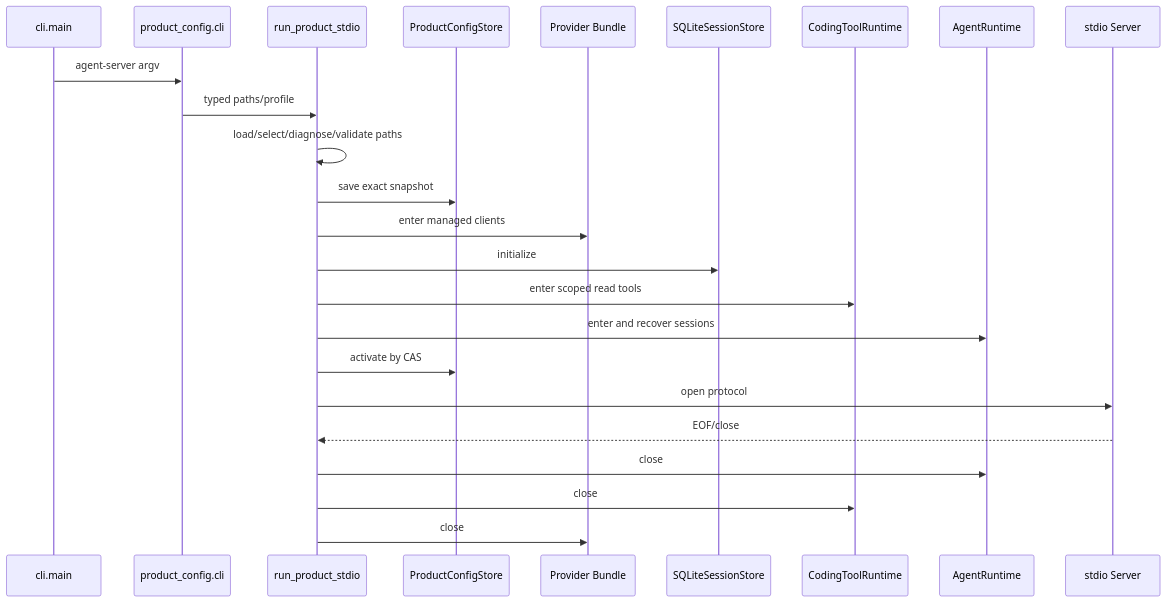
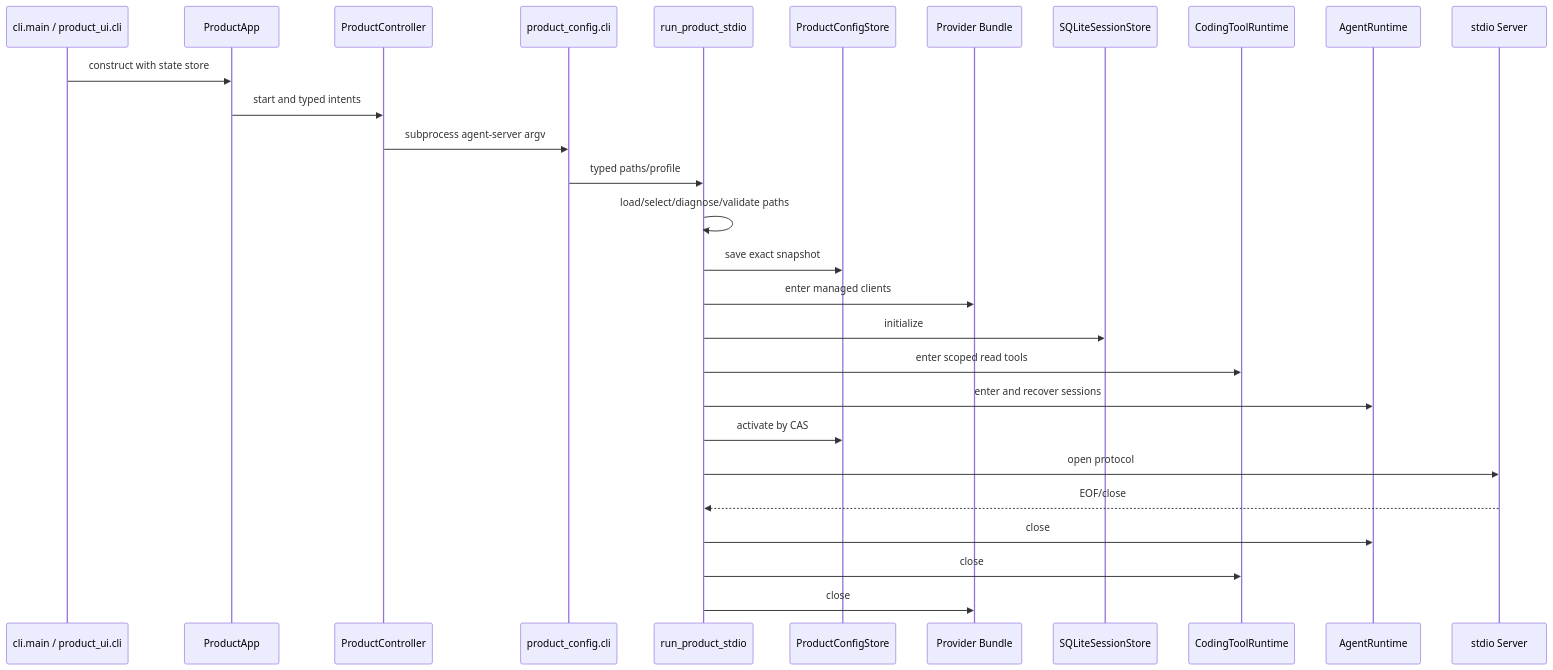
The first of 6 diagrams in docs/guides/source-reading-map.md (carrie1988/Harnessix), drawn with Mermaid before and after one commit. The commit also changed other lines of this file and 30 other files, not shown here.

````diff
--- a/docs/guides/source-reading-map.md
+++ b/docs/guides/source-reading-map.md
@@ -112,27 +117,31 @@
 ```mermaid
 sequenceDiagram
-    participant CLI as cli.main
+    participant CLI as cli.main / product_ui.cli
+    participant UI as ProductApp
+    participant C as ProductController
     participant PC as product_config.cli
     participant PS as run_product_stdio
     participant CFG as ProductConfigStore
     participant P as Provider Bundle
     participant S as SQLiteSessionStore
     participant T as CodingToolRuntime
     participant A as AgentRuntime
     participant IO as stdio Server
 
-    CLI->>PC: agent-server argv
+    CLI->>UI: construct with state store
+    UI->>C: start and typed intents
+    C->>PC: subprocess agent-server argv
     PC->>PS: typed paths/profile
     PS->>PS: load/select/diagnose/validate paths
     PS->>CFG: save exact snapshot
     PS->>P: enter managed clients
     PS->>S: initialize
     PS->>T: enter scoped read tools
     PS->>A: enter and recover sessions
     PS->>CFG: activate by CAS
     PS->>IO: open protocol
     IO-->>PS: EOF/close
     PS->>A: close
     PS->>T: close
     PS->>P: close
 ```
````
